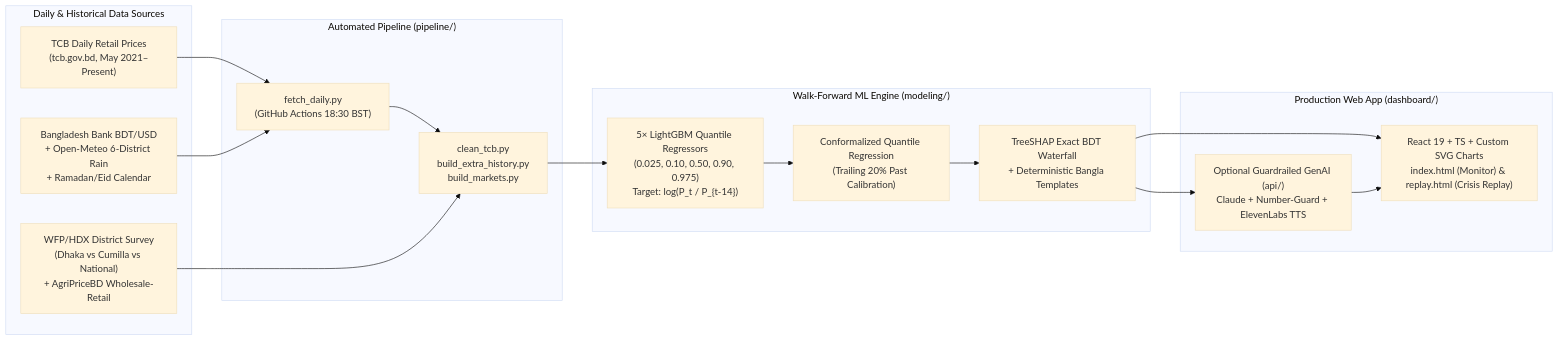
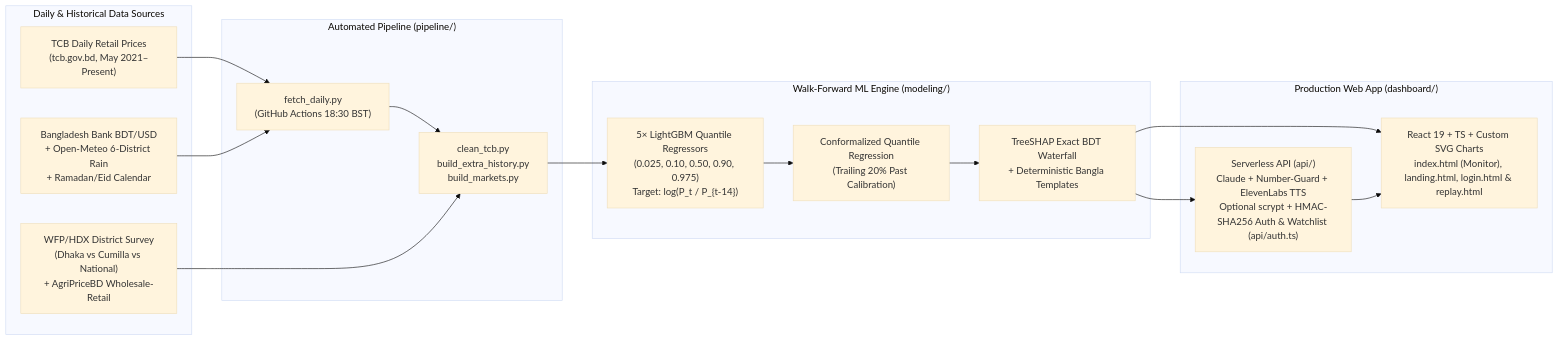
The diagram in README.md (M-U-Rony/cou_hackathon), drawn with Mermaid (base theme) before and after one commit. The commit also changed other lines of this file, not shown here.

Commit message:
docs: update README badges for cou_hackathon and document landing/auth features

````diff
--- a/README.md
+++ b/README.md
@@ -14,30 +14,30 @@
 ```mermaid
 flowchart LR
     subgraph Sources["Daily & Historical Data Sources"]
         TCB["TCB Daily Retail Prices\n(tcb.gov.bd, May 2021–Present)"]
         EXT["Bangladesh Bank BDT/USD\n+ Open-Meteo 6-District Rain\n+ Ramadan/Eid Calendar"]
         MKT["WFP/HDX District Survey\n(Dhaka vs Cumilla vs National)\n+ AgriPriceBD Wholesale-Retail"]
     end
 
     subgraph Pipeline["Automated Pipeline (pipeline/)"]
         FETCH["fetch_daily.py\n(GitHub Actions 18:30 BST)"]
         CLEAN["clean_tcb.py\nbuild_extra_history.py\nbuild_markets.py"]
     end
 
     subgraph ML["Walk-Forward ML Engine (modeling/)"]
         LGBM["5× LightGBM Quantile Regressors\n(0.025, 0.10, 0.50, 0.90, 0.975)\nTarget: log(P_t / P_{t-14})"]
         CQR["Conformalized Quantile Regression\n(Trailing 20% Past Calibration)"]
         SHAP["TreeSHAP Exact BDT Waterfall\n+ Deterministic Bangla Templates"]
     end
 
     subgraph App["Production Web App (dashboard/)"]
-        UI["React 19 + TS + Custom SVG Charts\nindex.html (Monitor) & replay.html (Crisis Replay)"]
-        GUARD["Optional Guardrailed GenAI (api/)\nClaude + Number-Guard + ElevenLabs TTS"]
+        UI["React 19 + TS + Custom SVG Charts\nindex.html (Monitor), landing.html, login.html & replay.html"]
+        GUARD["Serverless API (api/)\nClaude + Number-Guard + ElevenLabs TTS\nOptional scrypt + HMAC-SHA256 Auth & Watchlist (api/auth.ts)"]
     end
 
     TCB --> FETCH --> CLEAN
     EXT --> FETCH
     MKT --> CLEAN
     CLEAN --> LGBM --> CQR --> SHAP --> UI
     SHAP --> GUARD --> UI
 ```
````
